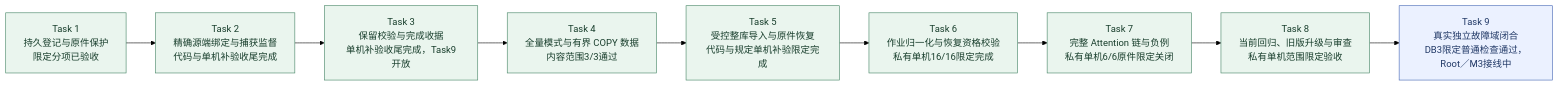
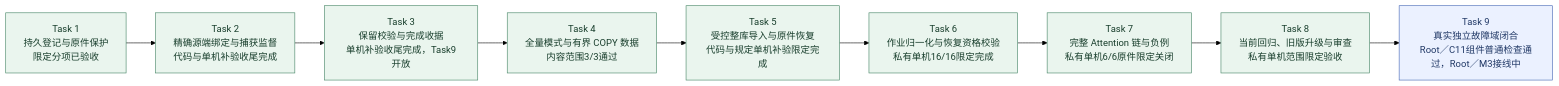
Before and after one commit to MansurnamedZhang/learning-system-p0c4: the second of 9 diagrams in docs/KnowWeave实施路线与系统架构.md, drawn with Mermaid (forest theme). The commit also changed other lines of this file and 8 other files, not shown here.

Commit message:
Task9: add default-off Root control and durable C11 primitives

````diff
--- a/docs/KnowWeave实施路线与系统架构.md
+++ b/docs/KnowWeave实施路线与系统架构.md
@@ -80,25 +80,25 @@
 ```mermaid
 flowchart LR
     C4T1["Task 1<br/>持久登记与原件保护<br/>限定分项已验收"]
     C4T2["Task 2<br/>精确源端绑定与捕获监督<br/>代码与单机补验收尾完成"]
     C4T3["Task 3<br/>保留校验与完成收据<br/>单机补验收尾完成，Task9开放"]
     C4T4["Task 4<br/>全量模式与有界 COPY 数据<br/>内容范围3/3通过"]
     C4T5["Task 5<br/>受控整库导入与原件恢复<br/>代码与规定单机补验限定完成"]
     C4T6["Task 6<br/>作业归一化与恢复资格校验<br/>私有单机16/16限定完成"]
     C4T7["Task 7<br/>完整 Attention 链与负例<br/>私有单机6/6原件限定关闭"]
     C4T8["Task 8<br/>当前回归、旧版升级与审查<br/>私有单机范围限定验收"]
-    C4T9["Task 9<br/>真实独立故障域闭合<br/>DB3限定普通检查通过，Root／M3接线中"]
+    C4T9["Task 9<br/>真实独立故障域闭合<br/>Root／C11组件普通检查通过，Root／M3接线中"]
     C4T1 --> C4T2
     C4T2 --> C4T3
     C4T3 --> C4T4
     C4T4 --> C4T5
     C4T5 --> C4T6
     C4T6 --> C4T7
     C4T7 --> C4T8
     C4T8 --> C4T9
     class C4T1,C4T2,C4T3,C4T4,C4T5,C4T6,C4T7,C4T8 done
     class C4T9 next
     classDef done fill:#eaf5ee,stroke:#438363,color:#173d2b
     classDef next fill:#ebf1ff,stroke:#4365b4,color:#203866
     classDef planned fill:#f2f4f8,stroke:#8591a3,color:#28354b
 ```
````
